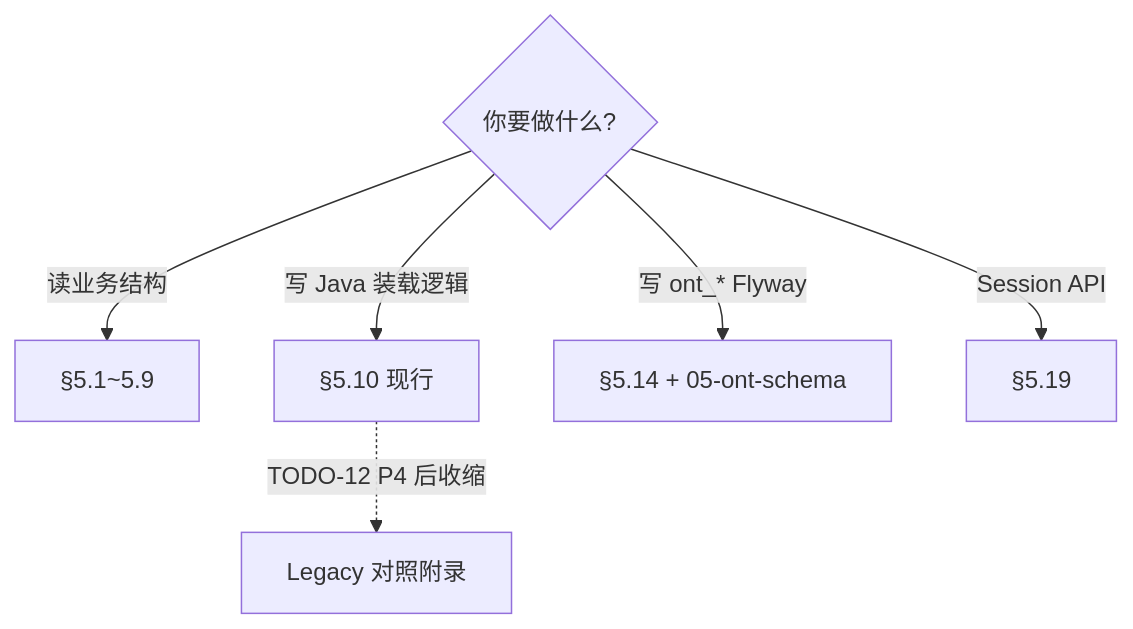
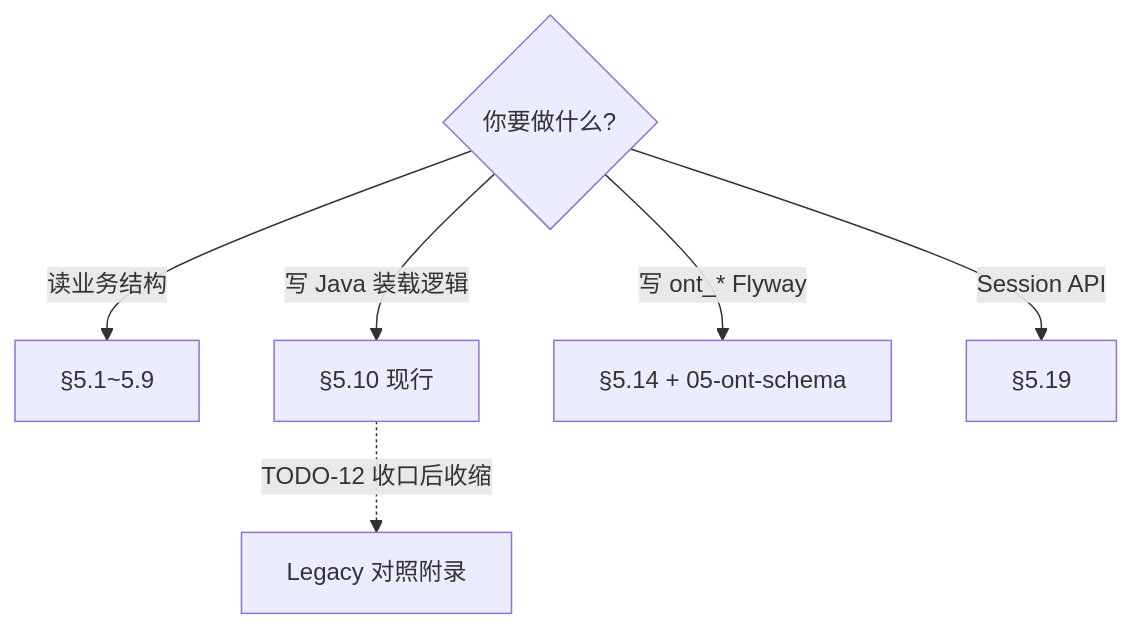
Before and after one commit to lujie1980-oss/plant-operation-plan: the first of 16 diagrams in docs/sdd/core/05-domain-model.md, drawn with Mermaid. The commit also changed other lines of this file and 4 other files, not shown here.

````diff
--- a/docs/sdd/core/05-domain-model.md
+++ b/docs/sdd/core/05-domain-model.md
@@ -25,9 +25,9 @@
 ```mermaid
 flowchart TD
   Q{你要做什么?}
   Q -->|读业务结构| S1[§5.1~5.9]
   Q -->|写 Java 装载逻辑| S10[§5.10 现行]
   Q -->|写 ont_* Flyway| S14[§5.14 + 05-ont-schema]
   Q -->|Session API| S19[§5.19]
-  S10 -.->|TODO-12 P4 后收缩| ARCH[Legacy 对照附录]
+  S10 -.->|TODO-12 收口后收缩| ARCH[Legacy 对照附录]
 ```
````
